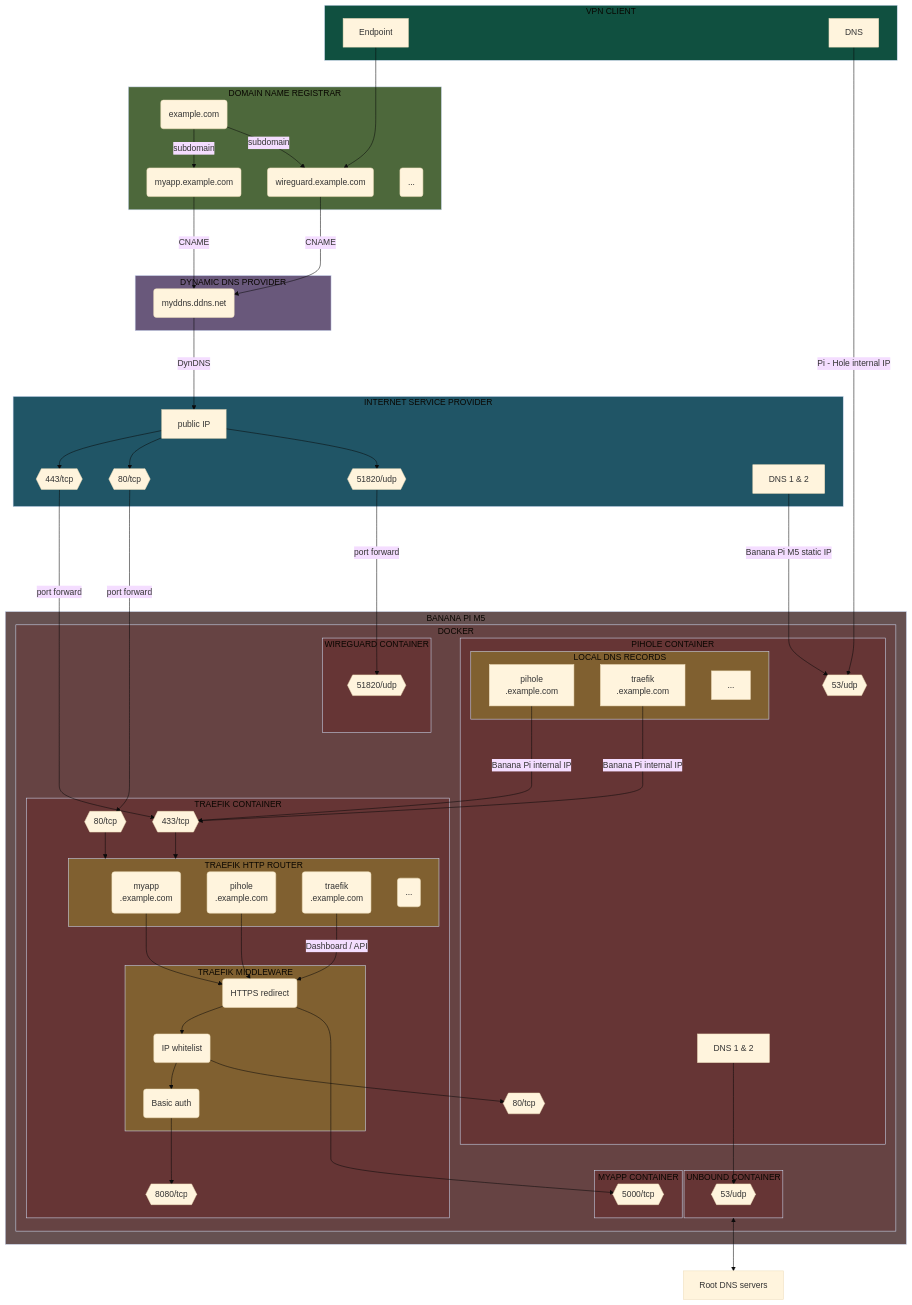
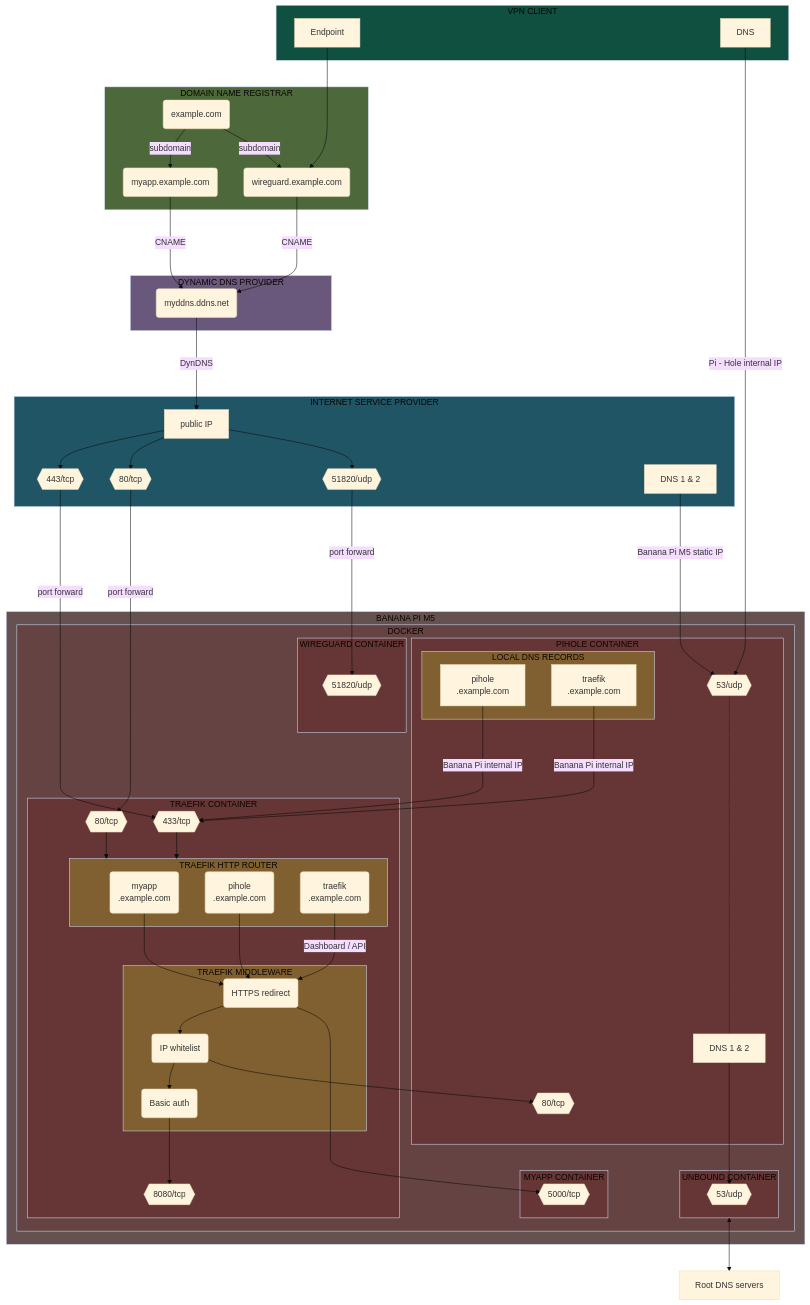
Before and after one commit to Yann39/self-hosted: the first of 15 diagrams in README.md, drawn with Mermaid (base theme). The commit also changed other lines of this file and 4 other files, not shown here.

````diff
--- a/README.md
+++ b/README.md
@@ -179,7 +185,6 @@
     DOMAIN(example.com)
     SUBDOMAIN_WIREGUARD(wireguard.example.com)
     SUBDOMAIN_MYAPP(myapp.example.com)
-    SUBDOMAIN_3DOTS(...)
     DDNS(myddns.ddns.net)
     ROUTER[public IP]
     ROUTER_PORT80{{80/tcp}}
@@ -196,13 +201,11 @@
     TRAEFIK_ROUTER_MYAPP(myapp\n.example.com)
     TRAEFIK_ROUTER_PIHOLE(pihole\n.example.com)
     TRAEFIK_ROUTER_TRAEFIK(traefik\n.example.com)
-    TRAEFIK_ROUTER_3DOTS(...)
     ROOT_DNS_SERVERS[Root DNS servers]
     DNS_ISP[DNS 1 & 2]
     DOCKER_PIHOLE_DNS[DNS 1 & 2]
     PIHOLE_DNS_PIHOLE[pihole\n.example.com]
     PIHOLE_DNS_TRAEFIK[traefik\n.example.com]
-    PIHOLE_DNS_3DOTS[...]
 
     subgraph VPN_CLIENT[VPN CLIENT]
         WIREGUARD_CLIENT_ENDPOINT[Endpoint]
@@ -212,7 +215,6 @@
     subgraph HOSTING_PROVIDER[DOMAIN NAME REGISTRAR]
         DOMAIN -->|subdomain| SUBDOMAIN_MYAPP
         DOMAIN -->|subdomain| SUBDOMAIN_WIREGUARD
-        SUBDOMAIN_3DOTS
     end
 
     subgraph DDNS_PROVIDER[DYNAMIC DNS PROVIDER]
@@ -235,7 +237,6 @@
                     TRAEFIK_ROUTER_TRAEFIK
                     TRAEFIK_ROUTER_MYAPP
                     TRAEFIK_ROUTER_PIHOLE
-                    TRAEFIK_ROUTER_3DOTS
                 end
                 subgraph TRAEFIK_MIDDLEWARE[TRAEFIK MIDDLEWARE]
                     REDIRECT(HTTPS redirect)
@@ -251,7 +252,6 @@
                 subgraph PIHOLE_DNS_RECORDS[LOCAL DNS RECORDS]
                     PIHOLE_DNS_TRAEFIK
                     PIHOLE_DNS_PIHOLE
-                    PIHOLE_DNS_3DOTS
                 end
                 DOCKER_PIHOLE_PORT53
                 DOCKER_PIHOLE_PORT80
@@ -294,4 +294,5 @@
     BASIC_AUTH --> DOCKER_TRAEFIK_PORT8080
     DOCKER_PIHOLE_DNS ---> DOCKER_UNBOUND_PORT53
     UNBOUND_CONTAINER <--> ROOT_DNS_SERVERS
+    DOCKER_PIHOLE_PORT53 -.....- DOCKER_PIHOLE_DNS
 ```
````
